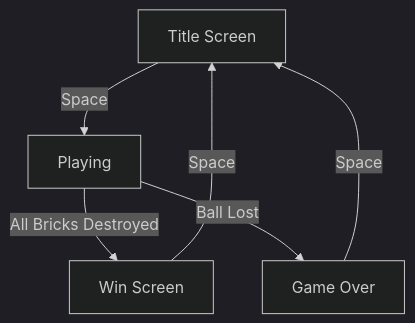
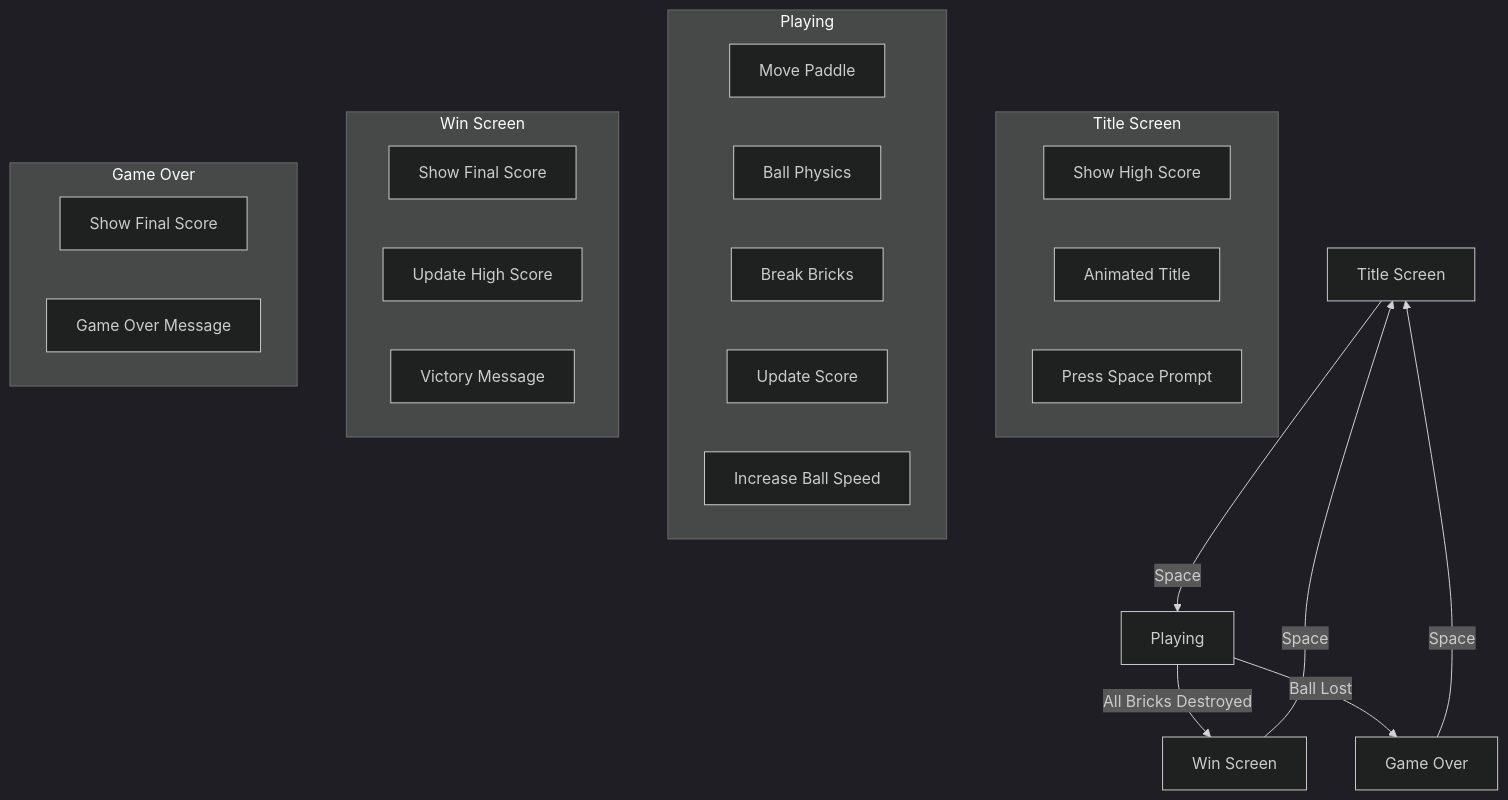
Before and after one commit to Prince-Patel84/asm_c_cpp: the diagram in cpp/README.md, drawn with Mermaid (dark theme). The commit also changed other lines of this file and 4 other files, not shown here.

````diff
--- a/cpp/README.md
+++ b/cpp/README.md
@@ -71,8 +69,33 @@
 ```mermaid
 graph TD
     A[Title Screen] -->|Space| B[Playing]
     B -->|All Bricks Destroyed| C[Win Screen]
     B -->|Ball Lost| D[Game Over]
     C -->|Space| A
     D -->|Space| A
+    
+    subgraph Title Screen
+    A1[Show High Score]
+    A2[Animated Title]
+    A3[Press Space Prompt]
+    end
+    
+    subgraph Playing
+    B1[Move Paddle]
+    B2[Ball Physics]
+    B3[Break Bricks]
+    B4[Update Score]
+    B5[Increase Ball Speed]
+    end
+    
+    subgraph Win Screen
+    C1[Show Final Score]
+    C2[Update High Score]
+    C3[Victory Message]
+    end
+    
+    subgraph Game Over
+    D1[Show Final Score]
+    D2[Game Over Message]
+    end
 ```
````
